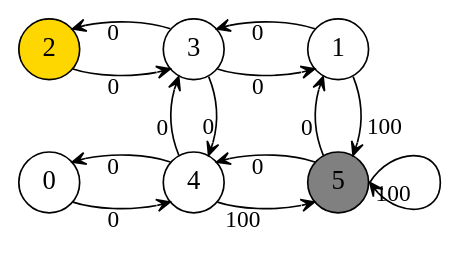
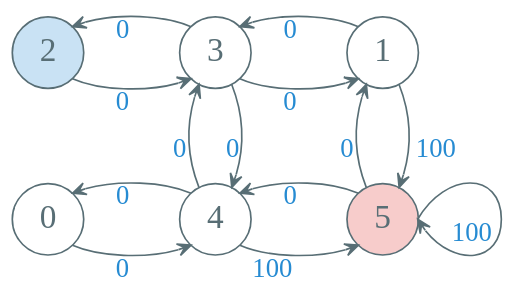
One commit to Avanti1980/presentation changed the first of 13 diagrams in 190731-rl-intro/190731-rl-intro-notes.md. Above: the diagram before and after it, drawn with Graphviz. The commit also changed other lines of this file and 5 other files, not shown here.

````diff
--- a/190731-rl-intro/190731-rl-intro-notes.md
+++ b/190731-rl-intro/190731-rl-intro-notes.md
@@ -888,25 +407,26 @@
 ```dot
 digraph g {
-  graph [ranksep=0.7 nodesep=0.6]
-  node [shape=circle fontsize=16 fontname="Source Sans Pro"]
-  edge [arrowhead=vee arrowsize=0.8]
-  rankdir=LR
+    graph [ranksep=0.8 nodesep=0.8]
+    node [shape=circle color="#586e75" fontcolor="#586e75" fontsize=20 fontname="EBG, fzlz"]
+    edge [arrowhead=vee color="#586e75" fontcolor="#268bd2" fontsize=16 arrowsize=0.8]
+    rankdir=LR
+    bgcolor="transparent"
 
-  0 -> 4 -> 0 [xlabel=0]
+    0 -> 4 -> 0 [xlabel=0]
 
-  {1, 4} -> 5 [xlabel=100]
-  5:e -> 5:e [xlabel=100]
-  5 -> {1, 4} [xlabel=0]
+    {1, 4} -> 5 [xlabel=100]
+    5:e -> 5:e [xlabel="    100"]
+    5 -> {1, 4} [xlabel=0]
 
-  2 -> 3 -> 1 -> 3 -> 2 [xlabel=0]
+    2 -> 3 -> 1 -> 3 -> 2 [xlabel=0]
 
-  3 -> 4 -> 3 [xlabel=0]
+    3 -> 4 -> 3 [xlabel=0]
 
-  5 [fillcolor=gray, style=filled]
-  2 [fillcolor=gold, style=filled]
+    5 [fillcolor="#dc322f3f", style=filled]
+    2 [fillcolor="#268bd23f", style=filled]
 
-  {rank = same; 0; 2;}
-  {rank = same; 3; 4;}
-  {rank = same; 1; 5;}
+    {rank = same; 0; 2;}
+    {rank = same; 3; 4;}
+    {rank = same; 1; 5;}
 }
 ```
````
